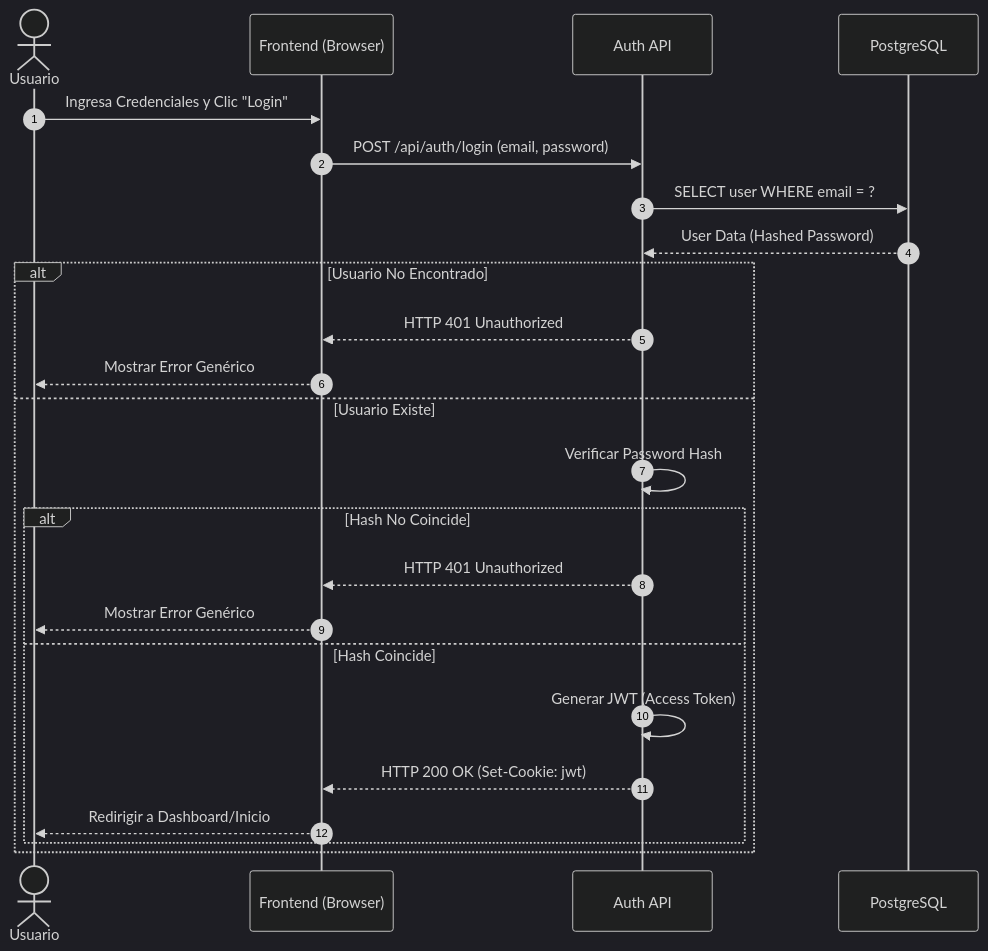
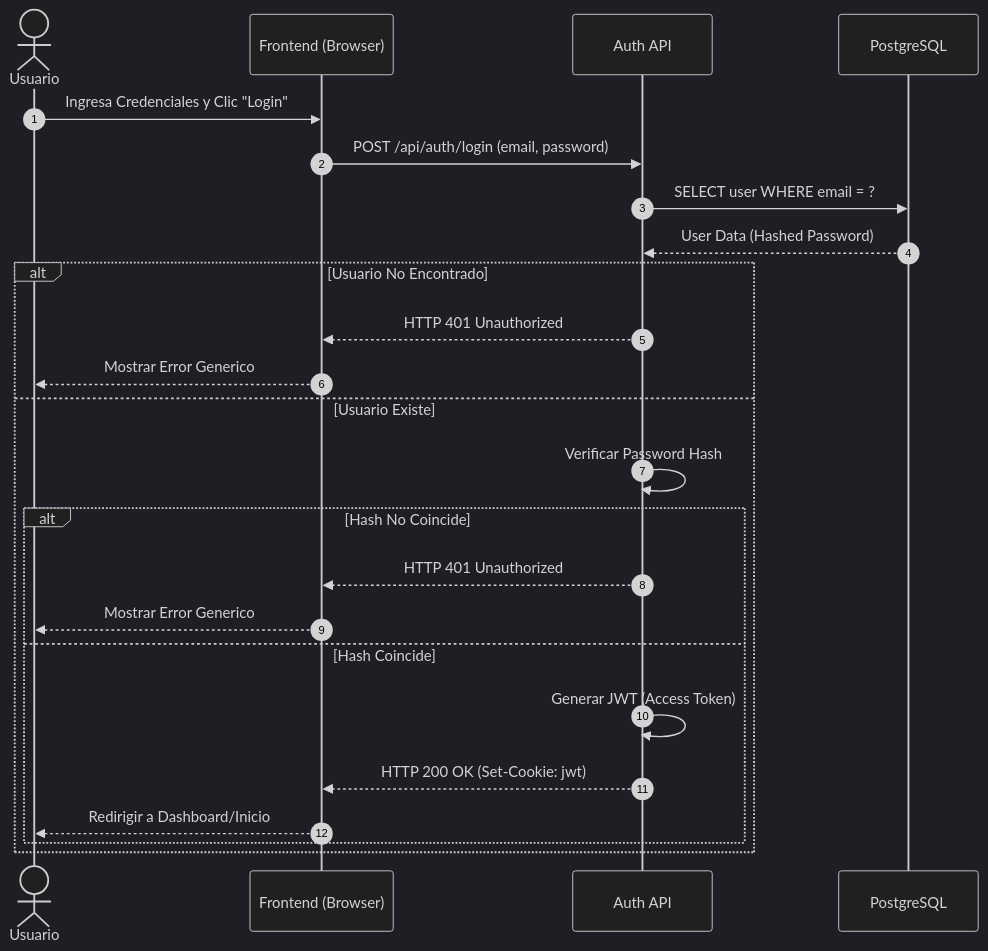
One commit to camilolayos54-dotcom/NosFuimosdeFinca changed the diagram in docs/04-system-modeling/07.System Sequence Diagrams/MODS/MOD-AUTH.md. Above: the diagram before and after it, drawn with Mermaid (dark theme). The commit also changed other lines of this file and 62 other files, not shown here.

````diff
--- a/docs/04-system-modeling/07.System Sequence Diagrams/MODS/MOD-AUTH.md
+++ b/docs/04-system-modeling/07.System Sequence Diagrams/MODS/MOD-AUTH.md
@@ -7,29 +7,29 @@
 ```mermaid
 sequenceDiagram
     autonumber
     actor U as Usuario
     participant C as Frontend (Browser)
     participant API as Auth API
     participant DB as PostgreSQL
 
     U->>C: Ingresa Credenciales y Clic "Login"
     C->>API: POST /api/auth/login (email, password)
     
     API->>DB: SELECT user WHERE email = ?
     DB-->>API: User Data (Hashed Password)
     
     alt Usuario No Encontrado
         API-->>C: HTTP 401 Unauthorized
-        C-->>U: Mostrar Error Genérico
+        C-->>U: Mostrar Error Generico
     else Usuario Existe
         API->>API: Verificar Password Hash
         alt Hash No Coincide
             API-->>C: HTTP 401 Unauthorized
-            C-->>U: Mostrar Error Genérico
+            C-->>U: Mostrar Error Generico
         else Hash Coincide
             API->>API: Generar JWT (Access Token)
             API-->>C: HTTP 200 OK (Set-Cookie: jwt)
             C-->>U: Redirigir a Dashboard/Inicio
         end
     end
 ```
````
